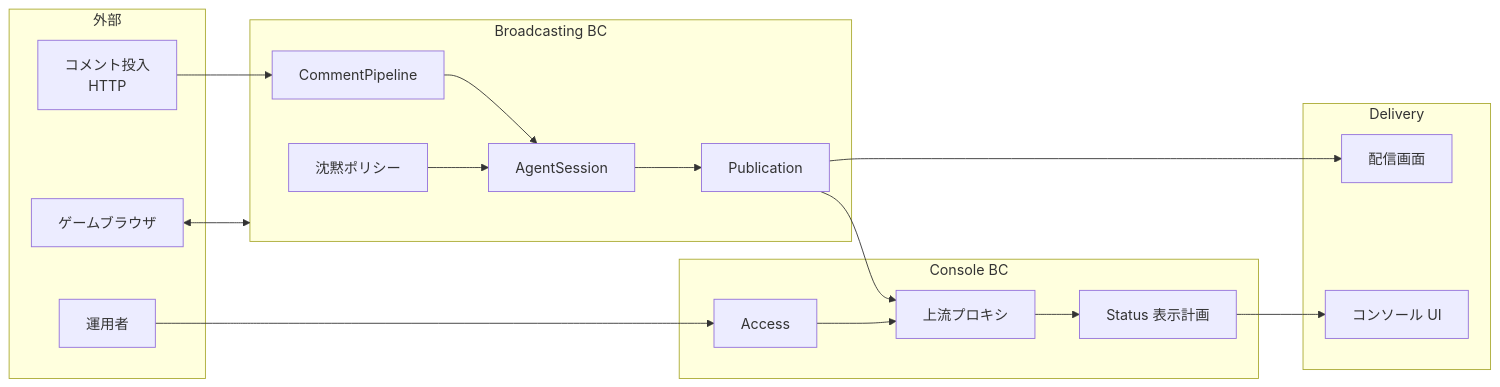
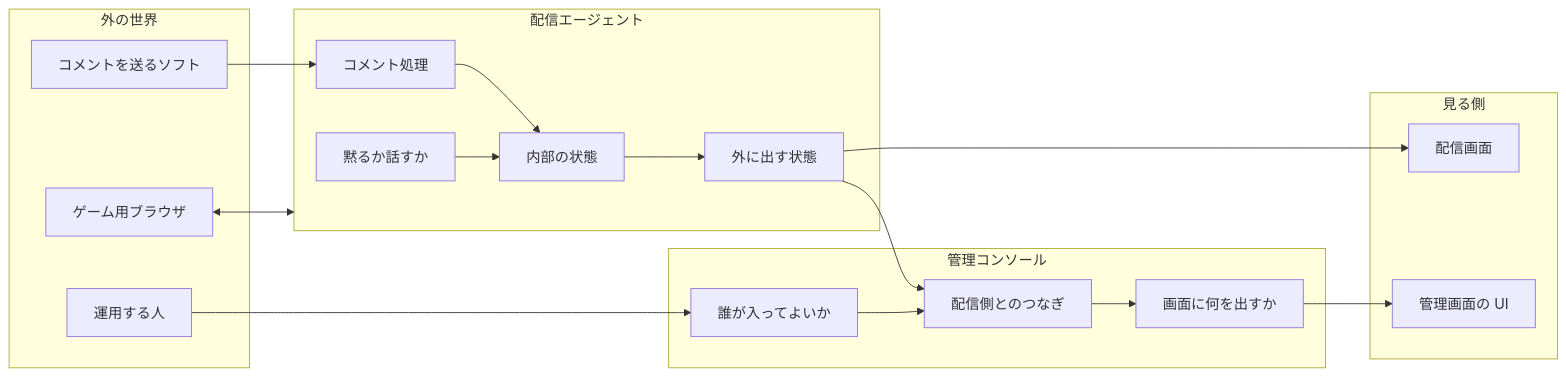
Before and after one commit to nahcnuj/makamujo: the first of 2 diagrams in architecture/overview.md, drawn with Mermaid. The commit also changed other lines of this file and 3 other files, not shown here.

Commit message:
docs(architecture): use plain language instead of BC jargon

````diff
--- a/architecture/overview.md
+++ b/architecture/overview.md
@@ -35,38 +37,38 @@
 ```mermaid
 flowchart LR
-  subgraph Upstream["外部"]
-    CommentIngress["コメント投入<br/>HTTP"]
-    GameBrowser["ゲームブラウザ"]
-    HumanOp["運用者"]
+  subgraph External["外の世界"]
+    Comments["コメントを送るソフト"]
+    Game["ゲーム用ブラウザ"]
+    Operator["運用する人"]
   end
 
-  subgraph Broadcasting["Broadcasting BC"]
-    Session["AgentSession"]
-    CommentPipe["CommentPipeline"]
-    Silence["沈黙ポリシー"]
-    Publish["Publication"]
+  subgraph Agent["配信エージェント"]
+    Session["内部の状態"]
+    CommentsLogic["コメント処理"]
+    Silence["黙るか話すか"]
+    Publish["外に出す状態"]
   end
 
-  subgraph Console["Console BC"]
-    Access["Access"]
-    ViewPlan["Status 表示計画"]
-    Proxy["上流プロキシ"]
+  subgraph Admin["管理コンソール"]
+    Login["誰が入ってよいか"]
+    Display["画面に何を出すか"]
+    Bridge["配信側とのつなぎ"]
   end
 
-  subgraph Delivery["Delivery"]
-    Screen["配信画面"]
-    ConsoleUI["コンソール UI"]
+  subgraph Screens["見る側"]
+    LiveUI["配信画面"]
+    AdminUI["管理画面の UI"]
   end
 
-  CommentIngress --> CommentPipe
-  GameBrowser <--> Broadcasting
-  CommentPipe --> Session
+  Comments --> CommentsLogic
+  Game <--> Agent
+  CommentsLogic --> Session
   Silence --> Session
   Session --> Publish
-  Publish --> Screen
-  Publish --> Proxy
-  Proxy --> ViewPlan
-  ViewPlan --> ConsoleUI
-  HumanOp --> Access
-  Access --> Proxy
+  Publish --> LiveUI
+  Publish --> Bridge
+  Bridge --> Display
+  Display --> AdminUI
+  Operator --> Login
+  Login --> Bridge
 ```
````
